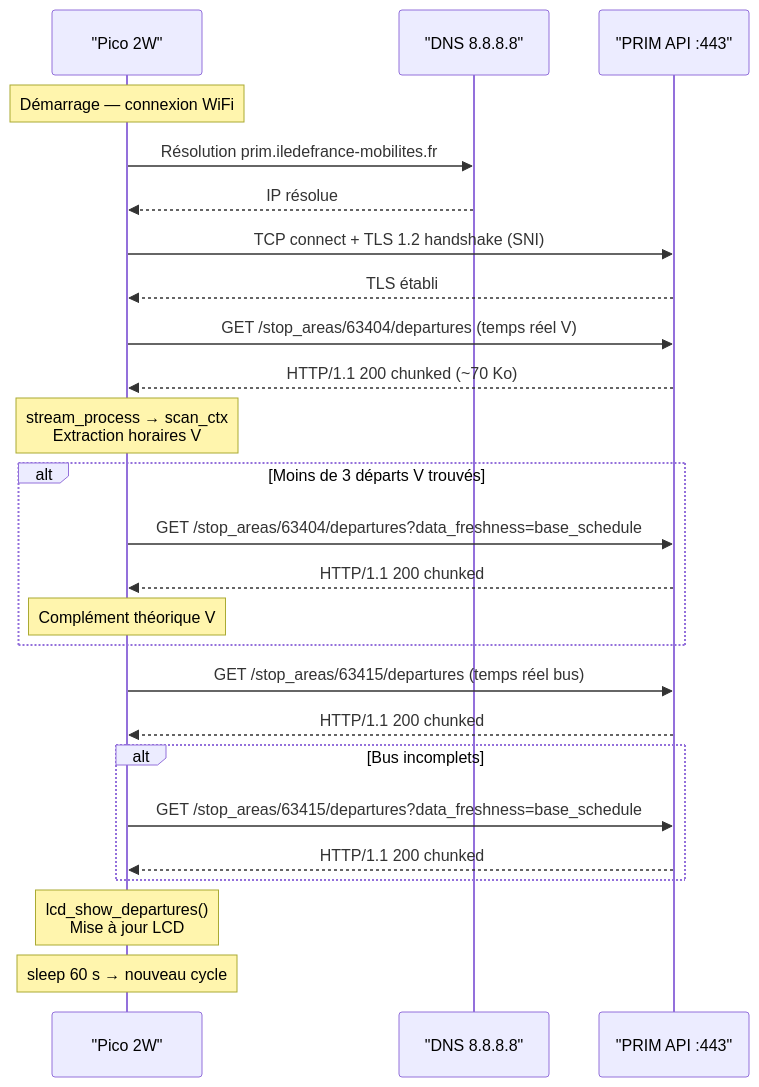
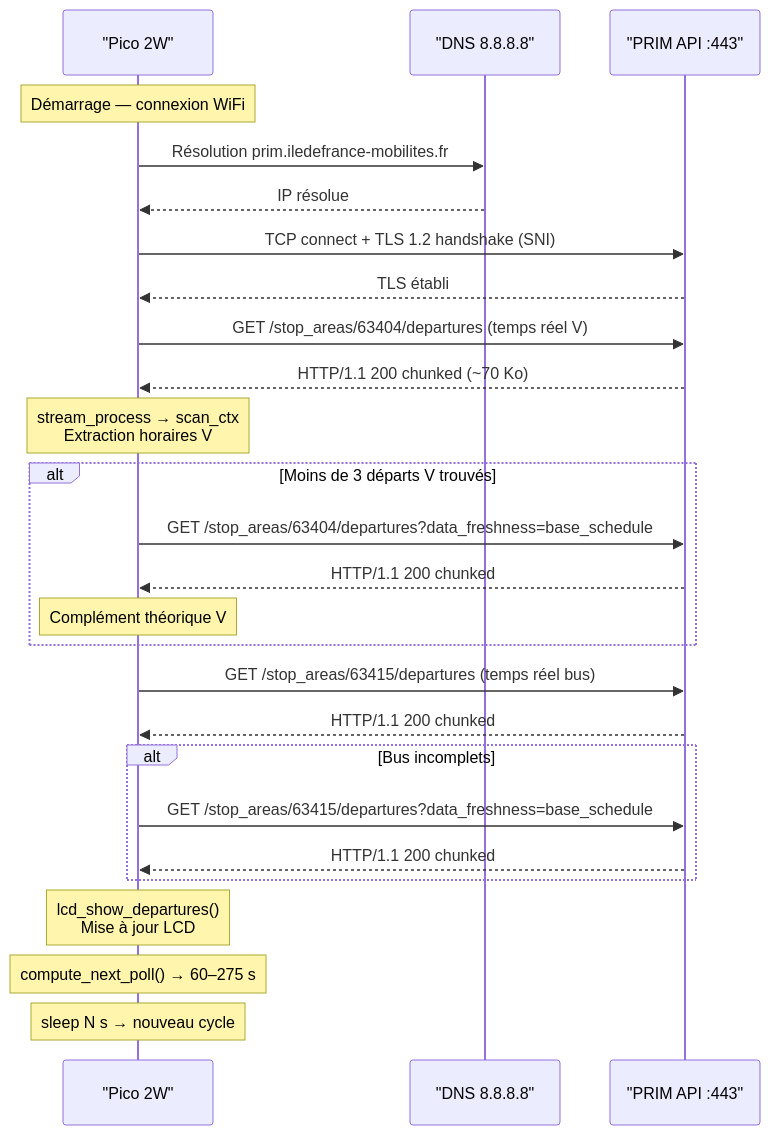
The sixth of 7 diagrams in README.md (BNJ02/transilien_lcd), drawn with Mermaid before and after one commit. The commit also changed other lines of this file and 1 other file, not shown here.

````diff
--- a/README.md
+++ b/README.md
@@ -377,34 +380,35 @@
 ```mermaid
 sequenceDiagram
     participant PICO as "Pico 2W"
     participant DNS as "DNS 8.8.8.8"
     participant API as "PRIM API :443"
 
     Note over PICO: Démarrage — connexion WiFi
     PICO->>DNS: Résolution prim.iledefrance-mobilites.fr
     DNS-->>PICO: IP résolue
 
     PICO->>API: TCP connect + TLS 1.2 handshake (SNI)
     API-->>PICO: TLS établi
 
     PICO->>API: GET /stop_areas/63404/departures (temps réel V)
     API-->>PICO: HTTP/1.1 200 chunked (~70 Ko)
     Note over PICO: stream_process → scan_ctx<br/>Extraction horaires V
 
     alt Moins de 3 départs V trouvés
         PICO->>API: GET /stop_areas/63404/departures?data_freshness=base_schedule
         API-->>PICO: HTTP/1.1 200 chunked
         Note over PICO: Complément théorique V
     end
 
     PICO->>API: GET /stop_areas/63415/departures (temps réel bus)
     API-->>PICO: HTTP/1.1 200 chunked
 
     alt Bus incomplets
         PICO->>API: GET /stop_areas/63415/departures?data_freshness=base_schedule
         API-->>PICO: HTTP/1.1 200 chunked
     end
 
     Note over PICO: lcd_show_departures()<br/>Mise à jour LCD
-    Note over PICO: sleep 60 s → nouveau cycle
+    Note over PICO: compute_next_poll() → 60–275 s
+    Note over PICO: sleep N s → nouveau cycle
 ```
````
